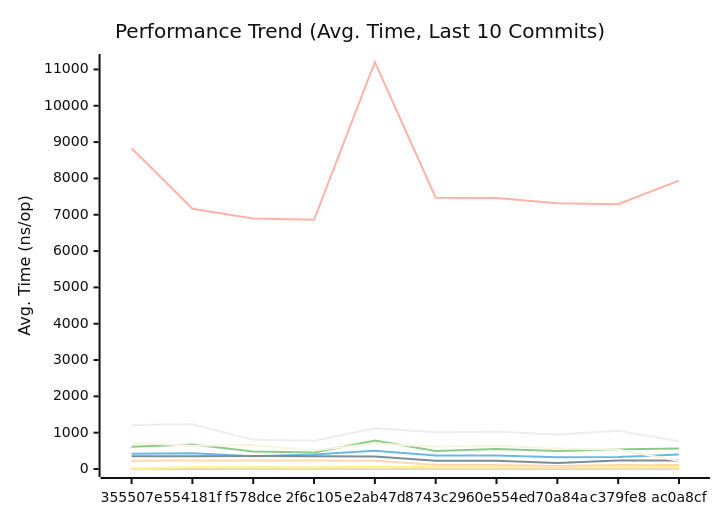
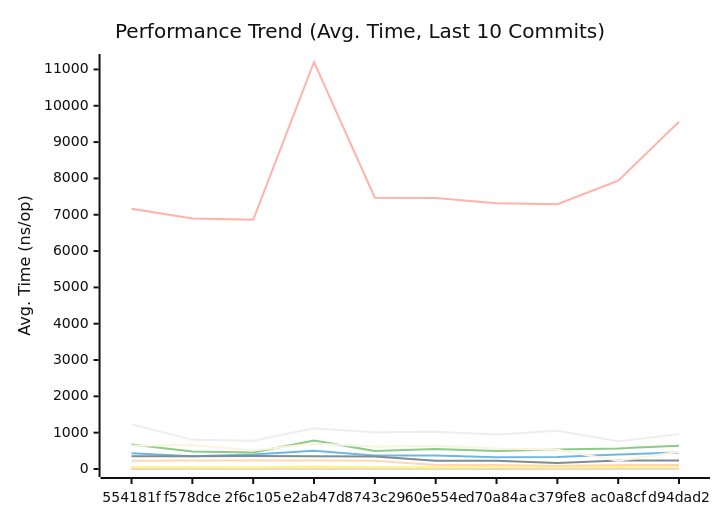
Before and after one commit to alsotoes/momo: the first of 3 diagrams in docs/PERFORMANCE.md, drawn with Mermaid (neutral theme). The commit also changed other lines of this file and 3 other files, not shown here.

````diff
--- a/docs/PERFORMANCE.md
+++ b/docs/PERFORMANCE.md
@@ -128,18 +128,18 @@
 ```mermaid
 xychart-beta
     title "Performance Trend (Avg. Time, Last 10 Commits)"
     x-axis "Commit"
     y-axis "Avg. Time (ns/op)"
-    x-axis [355507e,554181f,f578dce,2f6c105,e2ab47d,8743c29,60e554e,d70a84a,c379fe8,ac0a8cf]
-    line "CheckMetricsAndSwap" [13,13,10,9,11,10,9,10,9,8]
-    line "CrushOptimized" [422,435,352,402,502,370,372,323,332,396]
-    line "CrushOriginal" [612,676,481,456,783,495,550,499,539,566]
-    line "IndexDirectTracking" [1,1,0,0,0,0,0,0,0,0]
-    line "IndexSearch" [3,4,3,3,3,3,3,4,3,2]
-    line "LoadGlobalConfig" [8830,7163,6898,6860,11205,7469,7459,7314,7292,7939]
-    line "PadString" [3,48,47,43,69,49,51,51,49,57]
+    x-axis [554181f,f578dce,2f6c105,e2ab47d,8743c29,60e554e,d70a84a,c379fe8,ac0a8cf,d94dad2]
+    line "CheckMetricsAndSwap" [13,10,9,11,10,9,10,9,8,11]
+    line "CrushOptimized" [435,352,402,502,370,372,323,332,396,452]
+    line "CrushOriginal" [676,481,456,783,495,550,499,539,566,637]
+    line "IndexDirectTracking" [1,0,0,0,0,0,0,0,0,0]
+    line "IndexSearch" [4,3,3,3,3,3,4,3,2,2]
+    line "LoadGlobalConfig" [7163,6898,6860,11205,7469,7459,7314,7292,7939,9559]
+    line "PadString" [48,47,43,69,49,51,51,49,57,70]
     line "ParseReplicationOrder_NoPrealloc" [350,349,357,354,345,225,229,165,232,234]
     line "ParseReplicationOrder_Prealloc" [229,231,237,234,229,108,107,80,110,109]
-    line "SanitizeLog/Safe" [724,642,658,507,704,615,640,566,529,226]
-    line "SanitizeLog/Unsafe" [1209,1232,802,779,1122,1010,1023,951,1050,761]
+    line "SanitizeLog/Safe" [642,658,507,704,615,640,566,529,226,474]
+    line "SanitizeLog/Unsafe" [1232,802,779,1122,1010,1023,951,1050,761,960]
 ```
````
